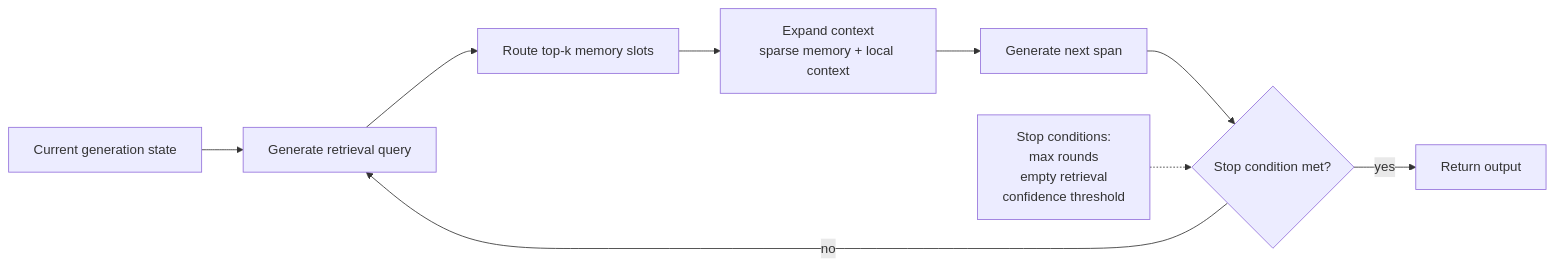
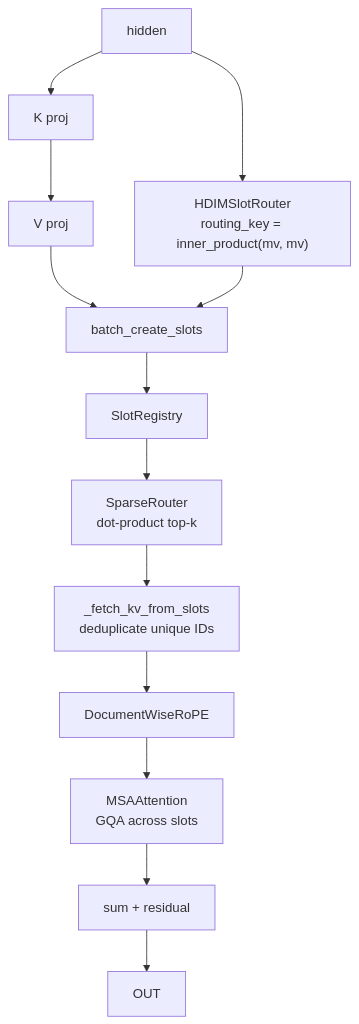
Before and after one commit to ShmidtS/HAGI: the fourth of 5 diagrams in docs/architecture_diagrams.md, drawn with Mermaid. The commit also changed other lines of this file, not shown here.

First line of the commit message:
docs: honest architecture review based on actual code

````diff
--- a/docs/architecture_diagrams.md
+++ b/docs/architecture_diagrams.md
@@ -268,17 +144,6 @@
 ```mermaid
-flowchart LR
-    START["Current generation state"]
-    QUERY["Generate retrieval query"]
-    ROUTE["Route top-k memory slots"]
-    EXPAND["Expand context<br/>sparse memory + local context"]
-    GEN["Generate next span"]
-    STOP{"Stop condition met?"}
-    END["Return output"]
-
-    START --> QUERY --> ROUTE --> EXPAND --> GEN --> STOP
-    STOP -->|"no"| QUERY
-    STOP -->|"yes"| END
-
-    MAX["Stop conditions:<br/>max rounds<br/>empty retrieval<br/>confidence threshold"]
-    MAX -.-> STOP
+flowchart TB
+    H["hidden"] --> K["K proj"] --> V["V proj"] --> SLOTS["batch_create_slots"] --> REG["SlotRegistry"]
+    H --> ROUTE["HDIMSlotRouter<br/>routing_key = inner_product(mv, mv)"] --> SLOTS
+    REG --> TOPK["SparseRouter<br/>dot-product top-k"] --> FKV["_fetch_kv_from_slots<br/>deduplicate unique IDs"] --> DROPE["DocumentWiseRoPE"] --> ATT["MSAAttention<br/>GQA across slots"] --> SUM["sum + residual"] --> OUT
 ```
````
